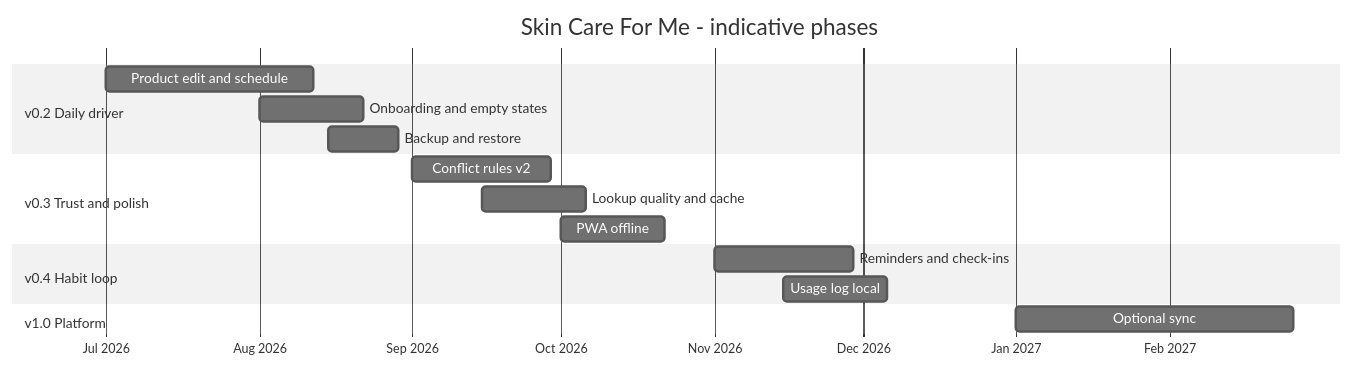
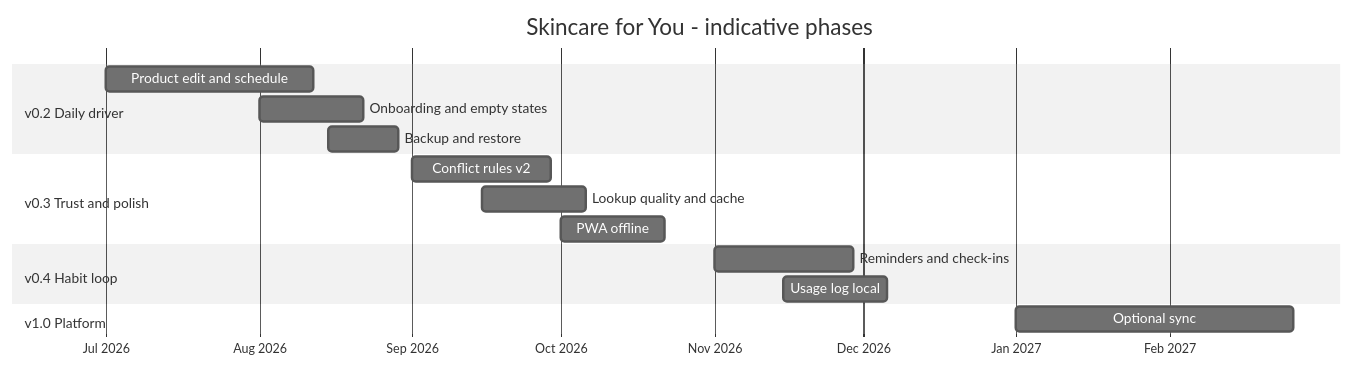
The diagram in docs/ROADMAP.md (antoniwan/skin-care-for-me-webapp), drawn with Mermaid (neutral theme) before and after one commit. The commit also changed 39 other files, not shown here.

````diff
--- a/docs/ROADMAP.md
+++ b/docs/ROADMAP.md
@@ -12,19 +12,19 @@
 ```mermaid
 gantt
-    title Skin Care For Me - indicative phases
+    title Skincare for You - indicative phases
     dateFormat YYYY-MM-DD
     axisFormat %b %Y
     section v0.2 Daily driver
     Product edit and schedule      :p1, 2026-07-01, 6w
     Onboarding and empty states      :p2, 2026-08-01, 3w
     Backup and restore               :p3, 2026-08-15, 2w
     section v0.3 Trust and polish
     Conflict rules v2                :p4, 2026-09-01, 4w
     Lookup quality and cache         :p5, 2026-09-15, 3w
     PWA offline                      :p6, 2026-10-01, 3w
     section v0.4 Habit loop
     Reminders and check-ins          :p7, 2026-11-01, 4w
     Usage log local                  :p8, 2026-11-15, 3w
     section v1.0 Platform
     Optional sync                    :p9, 2027-01-01, 8w
 ```
````
